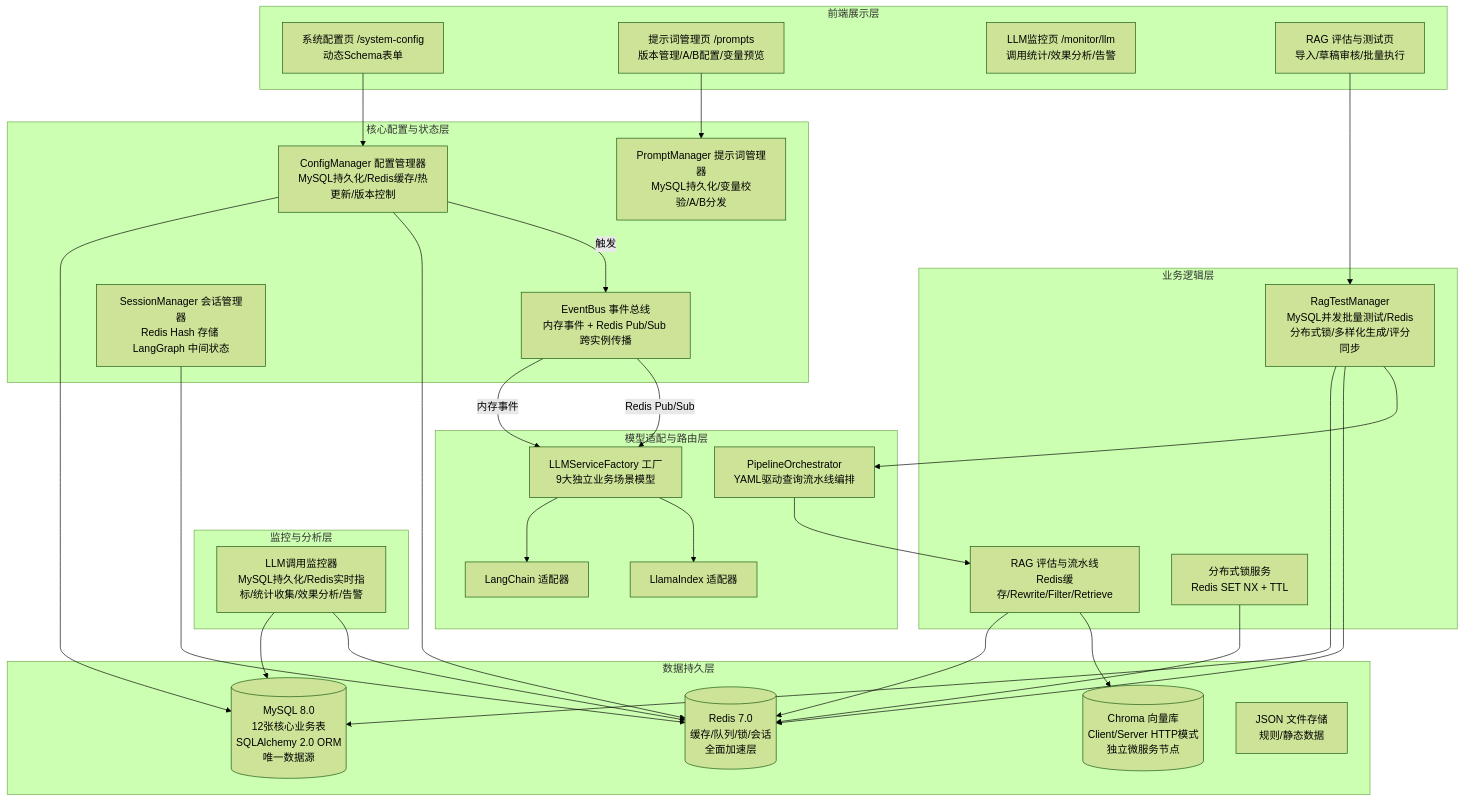
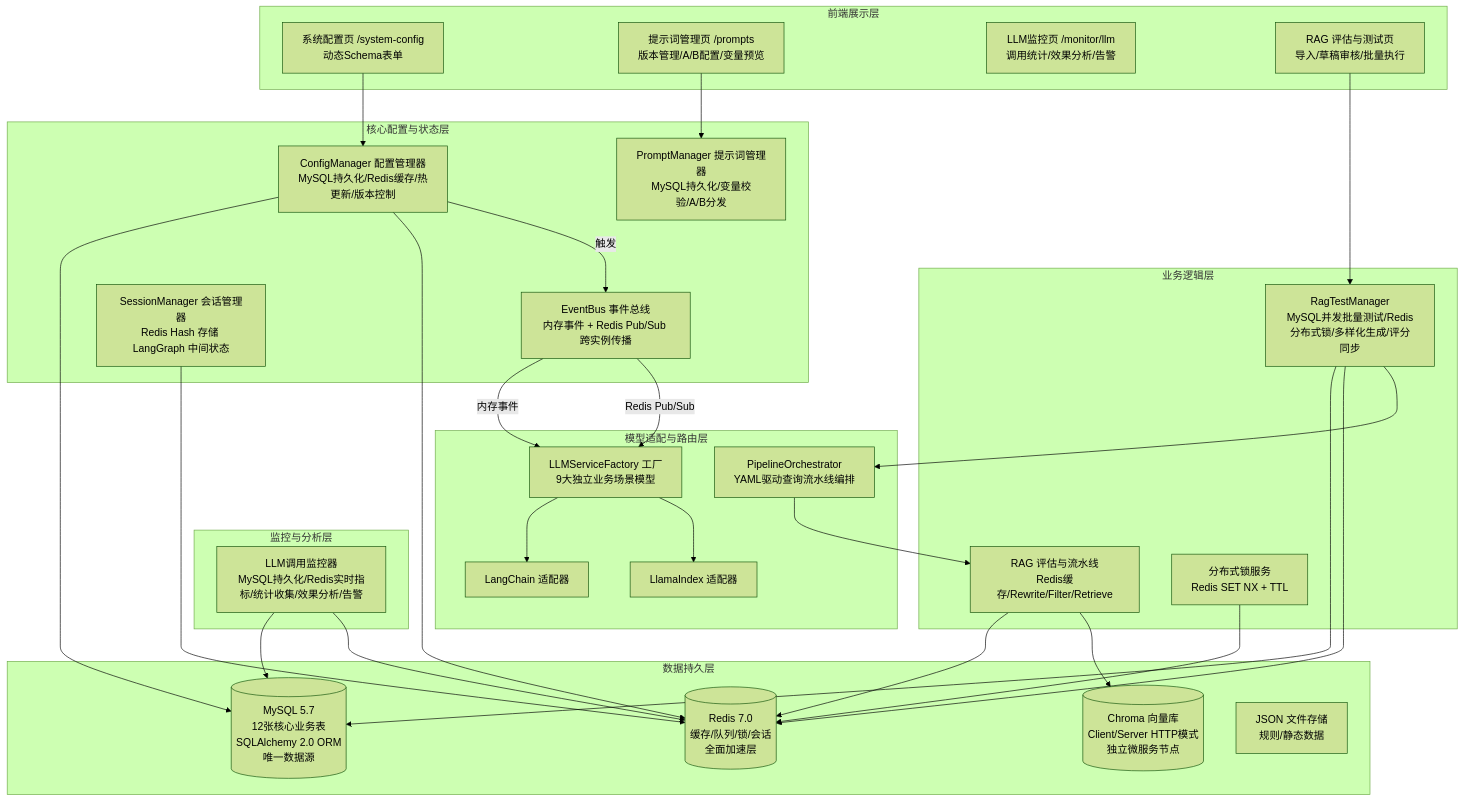
The first of 2 diagrams in docs/superpowers/specs/2026-04-12-mysql-integration-redesign.md (OWEN-DK/child-development-assessment-agent), drawn with Mermaid (forest theme) before and after one commit. The commit also changed other lines of this file and 227 other files, not shown here.

````diff
--- a/docs/superpowers/specs/2026-04-12-mysql-integration-redesign.md
+++ b/docs/superpowers/specs/2026-04-12-mysql-integration-redesign.md
@@ -16,66 +16,66 @@
 ```mermaid
 graph TB
     subgraph 前端展示层
         ConfigUI[系统配置页 /system-config<br>动态Schema表单]
         PromptUI[提示词管理页 /prompts<br>版本管理/A/B配置/变量预览]
         LLM监控UI[LLM监控页 /monitor/llm<br>调用统计/效果分析/告警]
         TestUI[RAG 评估与测试页<br>导入/草稿审核/批量执行]
     end
     
     subgraph 核心配置与状态层
         ConfigManager[ConfigManager 配置管理器<br>MySQL持久化/Redis缓存/热更新/版本控制]
         PromptManager[PromptManager 提示词管理器<br>MySQL持久化/变量校验/A/B分发]
         EventBus[EventBus 事件总线<br>内存事件 + Redis Pub/Sub 跨实例传播]
         SessionMgr[SessionManager 会话管理器<br>Redis Hash 存储 LangGraph 中间状态]
     end
 
     subgraph 监控与分析层
         LLMMonitor[LLM调用监控器<br>MySQL持久化/Redis实时指标/统计收集/效果分析/告警]
     end
 
     subgraph 数据持久层
-        MySQL[(MySQL 8.0<br>12张核心业务表<br>SQLAlchemy 2.0 ORM<br>唯一数据源)]
+        MySQL[(MySQL 5.7<br>12张核心业务表<br>SQLAlchemy 2.0 ORM<br>唯一数据源)]
         Redis[(Redis 7.0<br>缓存/队列/锁/会话<br>全面加速层)]
         Chroma[(Chroma 向量库<br>Client/Server HTTP模式<br>独立微服务节点)]
         JSONFiles[JSON 文件存储<br>规则/静态数据]
     end
 
     subgraph 模型适配与路由层
         LLMFactory[LLMServiceFactory 工厂<br>9大独立业务场景模型]
         LangChainAdapter[LangChain 适配器]
         LlamaIndexAdapter[LlamaIndex 适配器]
         PipelineOrch[PipelineOrchestrator<br>YAML驱动查询流水线编排]
     end
 
     subgraph 业务逻辑层
         RAGNodes[RAG 评估与流水线<br>Redis缓存/Rewrite/Filter/Retrieve]
         TestManager[RagTestManager<br>MySQL并发批量测试/Redis分布式锁/多样化生成/评分同步]
         DistLock[分布式锁服务<br>Redis SET NX + TTL]
     end
 
     ConfigUI --> ConfigManager
     PromptUI --> PromptManager
     TestUI --> TestManager
     
     ConfigManager --> MySQL
     ConfigManager --> Redis
     LLMMonitor --> MySQL
     LLMMonitor --> Redis
     TestManager --> MySQL
     TestManager --> Redis
     SessionMgr --> Redis
     DistLock --> Redis
     
     ConfigManager --触发--> EventBus
     EventBus --内存事件--> LLMFactory
     EventBus --Redis Pub/Sub--> LLMFactory
     
     LLMFactory --> LangChainAdapter
     LLMFactory --> LlamaIndexAdapter
     
     PipelineOrch --> RAGNodes
     TestManager --> PipelineOrch
     
     RAGNodes --> Redis
     RAGNodes --> Chroma
 ```
````
